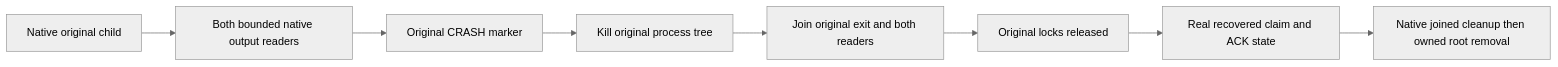
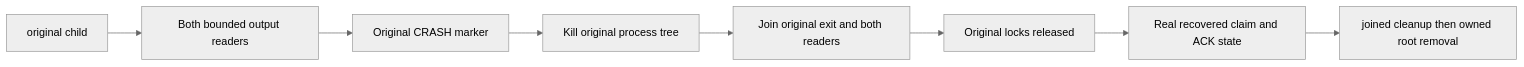
Before and after one commit to managedcode/KeyLoad: the diagram in docs/Features/Messaging/ClaimAckProcessOwnership.md, drawn with Mermaid (neutral theme). The commit also changed other lines of this file and 9016 other files, not shown here.

````diff
--- a/docs/Features/Messaging/ClaimAckProcessOwnership.md
+++ b/docs/Features/Messaging/ClaimAckProcessOwnership.md
@@ -11,10 +11,10 @@
 ```mermaid
 flowchart LR
- Start[Native original child] --> Pipes[Both bounded native output readers]
+ Start[original child] --> Pipes[Both bounded output readers]
  Pipes --> Marker[Original CRASH marker]
  Marker --> Kill[Kill original process tree]
  Kill --> Join[Join original exit and both readers]
  Join --> Readiness[Original locks released]
  Readiness --> Verify[Real recovered claim and ACK state]
- Verify --> Cleanup[Native joined cleanup then owned root removal]
+ Verify --> Cleanup[joined cleanup then owned root removal]
 ```
````
